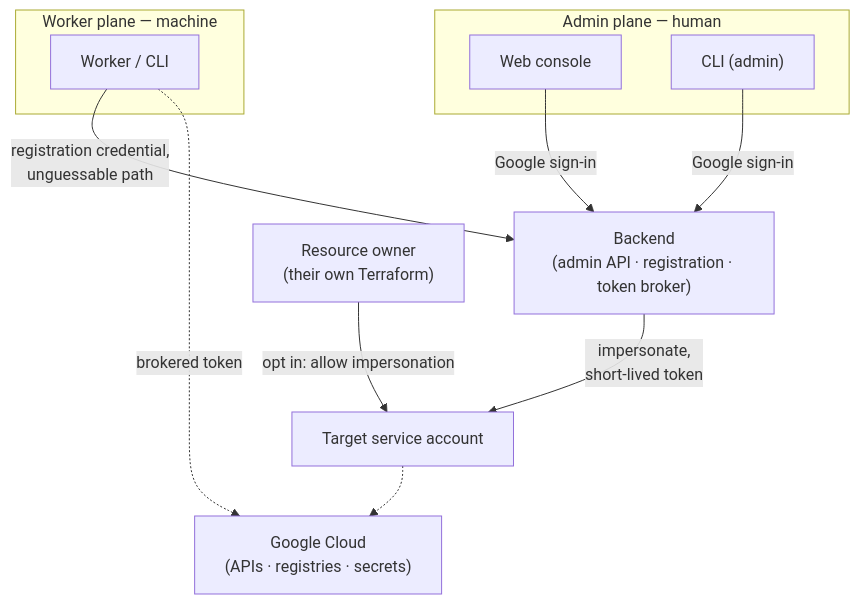
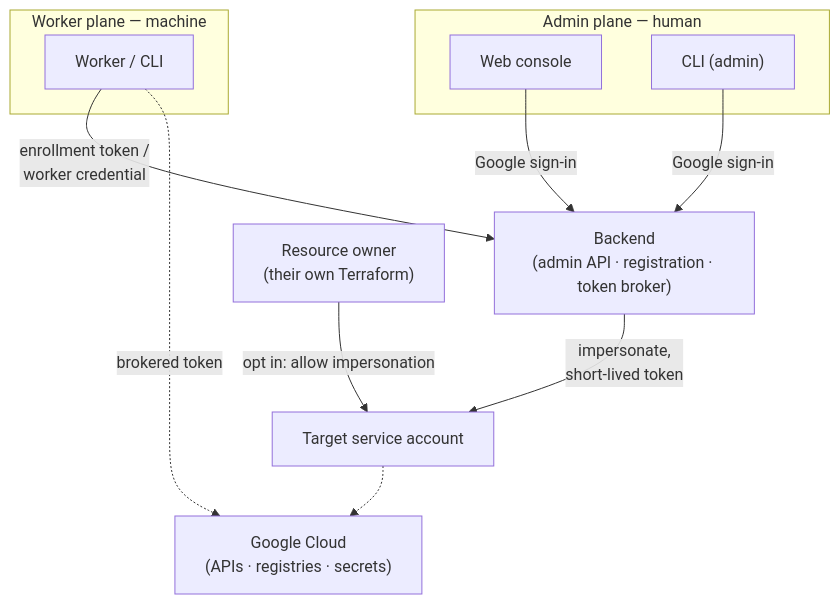
One commit to medusa-software-hq/workload changed the diagram in README.md. Above: the diagram before and after it, drawn with Mermaid. The commit also changed other lines of this file and 2 other files, not shown here.

First line of the commit message:
Console + docs: enrollment-only registration, drop confirmation code

````diff
--- a/README.md
+++ b/README.md
@@ -49,21 +51,21 @@
 ```mermaid
 flowchart TB
     subgraph human["Admin plane — human"]
       console["Web console"]
       adminCli["CLI (admin)"]
     end
     subgraph machine["Worker plane — machine"]
       worker["Worker / CLI"]
     end
 
     console -->|"Google sign-in"| backend
     adminCli -->|"Google sign-in"| backend
-    worker -->|"registration credential,<br/>unguessable path"| backend
+    worker -->|"enrollment token /<br/>worker credential"| backend
 
     backend["Backend<br/>(admin API · registration · token broker)"]
     backend -->|"impersonate,<br/>short-lived token"| targetSA["Target service account"]
     worker -.->|"brokered token"| gcp["Google Cloud<br/>(APIs · registries · secrets)"]
     targetSA -.-> gcp
 
     owner["Resource owner<br/>(their own Terraform)"] -->|"opt in: allow impersonation"| targetSA
 ```
````
